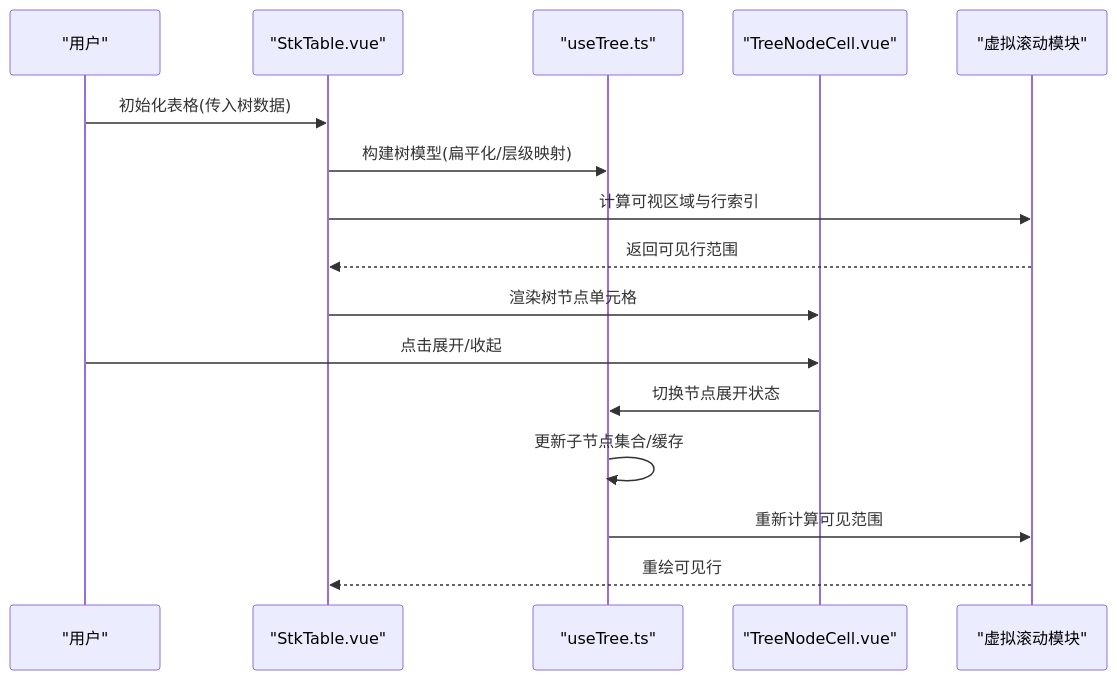
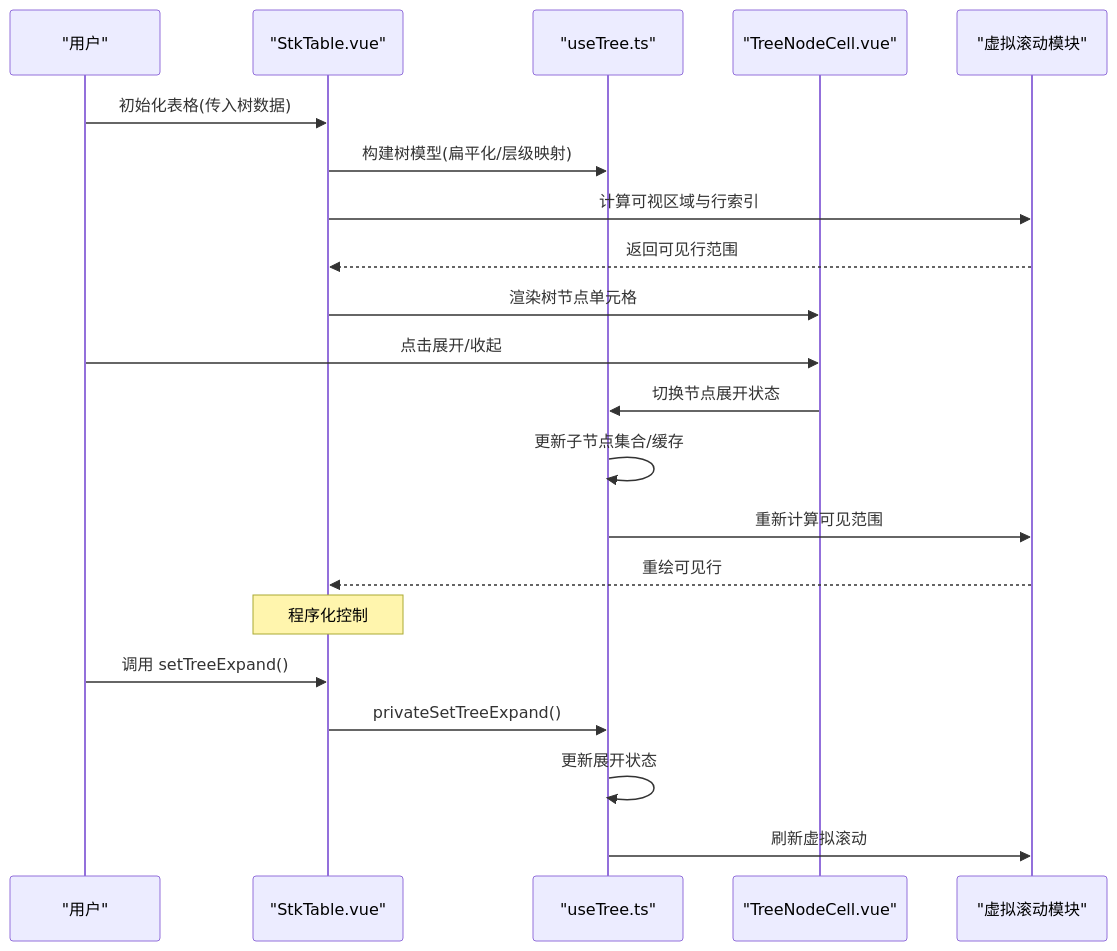
One commit to ja-plus/stk-table-vue changed the second of 6 diagrams in .qoder/repowiki/zh/content/高级功能/树形数据.md. Above: the diagram before and after it, drawn with Mermaid. The commit also changed other lines of this file and 6 other files, not shown here.

Commit message:
fix: `setTreeExpand` &  setRowExpand` number rowKey

````diff
--- a/.qoder/repowiki/zh/content/高级功能/树形数据.md
+++ b/.qoder/repowiki/zh/content/高级功能/树形数据.md
@@ -97,18 +101,23 @@
 ```mermaid
 sequenceDiagram
 participant U as "用户"
 participant T as "StkTable.vue"
 participant Tree as "useTree.ts"
 participant Cell as "TreeNodeCell.vue"
 participant V as "虚拟滚动模块"
 U->>T : 初始化表格(传入树数据)
 T->>Tree : 构建树模型(扁平化/层级映射)
 T->>V : 计算可视区域与行索引
 V-->>T : 返回可见行范围
 T->>Cell : 渲染树节点单元格
 U->>Cell : 点击展开/收起
 Cell->>Tree : 切换节点展开状态
 Tree->>Tree : 更新子节点集合/缓存
 Tree->>V : 重新计算可见范围
 V-->>T : 重绘可见行
+Note over T : 程序化控制
+U->>T : 调用 setTreeExpand()
+T->>Tree : privateSetTreeExpand()
+Tree->>Tree : 更新展开状态
+Tree->>V : 刷新虚拟滚动
 ```
````
